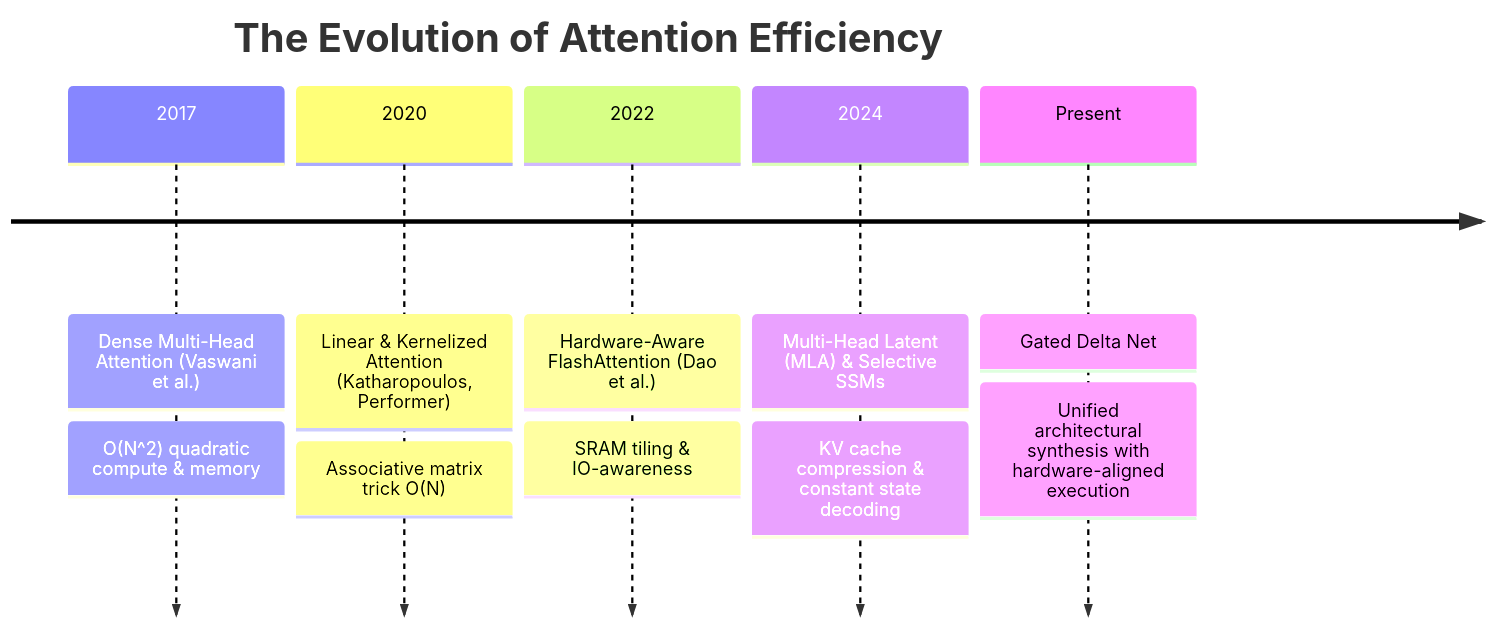
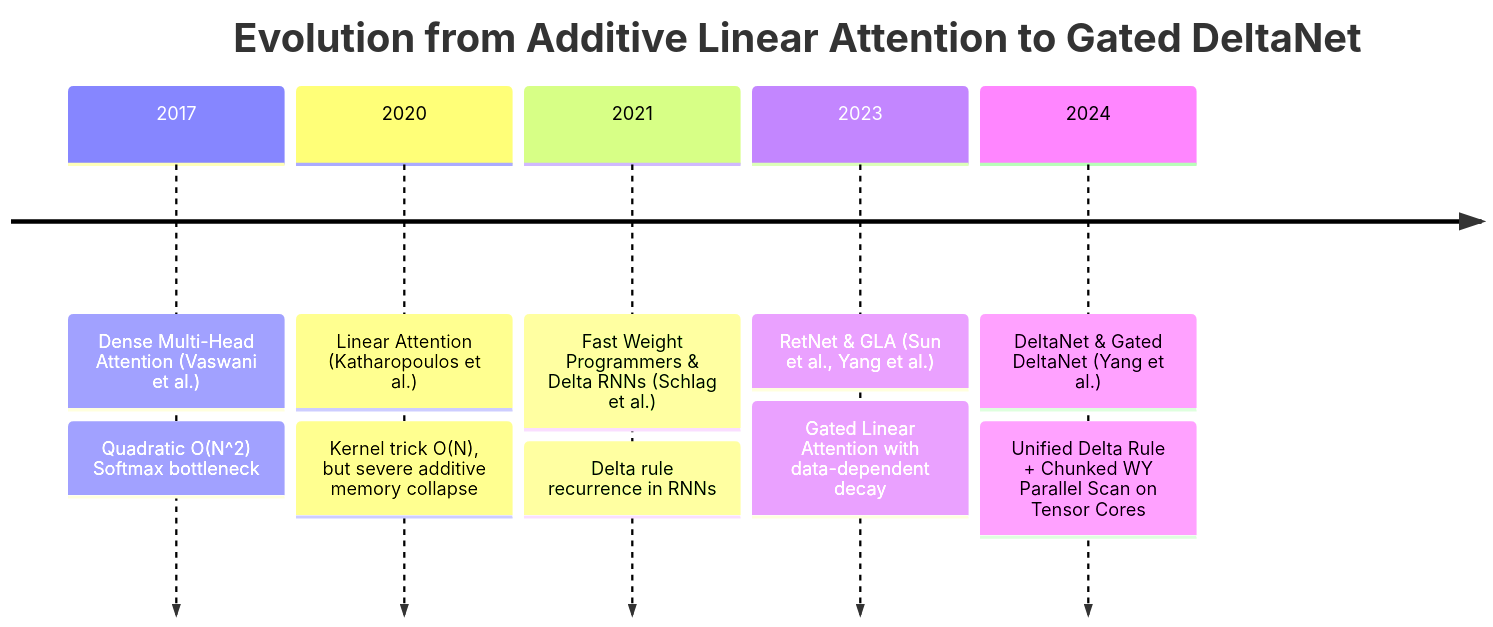
Before and after one commit to tahamajs/NeuralOps: the first of 2 diagrams in Docs/content/attentions_blog/gated_delta_net_blog.md, drawn with Mermaid. The commit also changed other lines of this file and 1 other file, not shown here.

First line of the commit message:
docs(blog): refine Gated DeltaNet technical deep dive

````diff
--- a/Docs/content/attentions_blog/gated_delta_net_blog.md
+++ b/Docs/content/attentions_blog/gated_delta_net_blog.md
@@ -58,9 +77,9 @@
 ```mermaid
 timeline
-    title The Evolution of Attention Efficiency
-    2017 : Dense Multi-Head Attention (Vaswani et al.) : O(N^2) quadratic compute & memory
-    2020 : Linear & Kernelized Attention (Katharopoulos, Performer) : Associative matrix trick O(N)
-    2022 : Hardware-Aware FlashAttention (Dao et al.) : SRAM tiling & IO-awareness
-    2024 : Multi-Head Latent (MLA) & Selective SSMs : KV cache compression & constant state decoding
-    Present : Gated Delta Net : Unified architectural synthesis with hardware-aligned execution
+    title Evolution from Additive Linear Attention to Gated DeltaNet
+    2017 : Dense Multi-Head Attention (Vaswani et al.) : Quadratic O(N^2) Softmax bottleneck
+    2020 : Linear Attention (Katharopoulos et al.) : Kernel trick O(N), but severe additive memory collapse
+    2021 : Fast Weight Programmers & Delta RNNs (Schlag et al.) : Delta rule recurrence in RNNs
+    2023 : RetNet & GLA (Sun et al., Yang et al.) : Gated Linear Attention with data-dependent decay
+    2024 : DeltaNet & Gated DeltaNet (Yang et al.) : Unified Delta Rule + Chunked WY Parallel Scan on Tensor Cores
 ```
````
